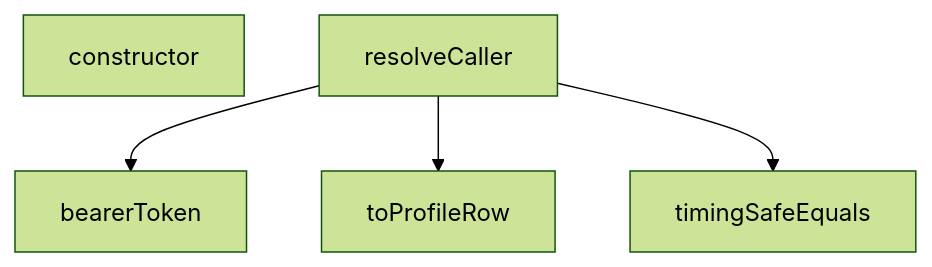
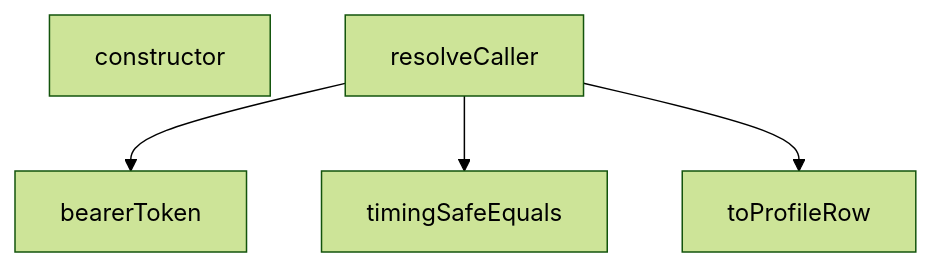
Before and after one commit to peckop/venthub-hvac-esite: the diagram in supabase/functions/_shared/caller.md, drawn with Mermaid (forest theme). The commit also changed other lines of this file and 189 other files, not shown here.

````diff
--- a/supabase/functions/_shared/caller.md
+++ b/supabase/functions/_shared/caller.md
@@ -203,11 +177,11 @@
 ```mermaid
 graph TD
     caller_ts__bearerToken["bearerToken"]
     caller_ts__constructor["constructor"]
     caller_ts__resolveCaller["resolveCaller"]
     caller_ts__timingSafeEquals["timingSafeEquals"]
     caller_ts__toProfileRow["toProfileRow"]
     caller_ts__resolveCaller --> caller_ts__bearerToken
+    caller_ts__resolveCaller --> caller_ts__timingSafeEquals
     caller_ts__resolveCaller --> caller_ts__toProfileRow
-    caller_ts__resolveCaller --> caller_ts__timingSafeEquals
 ```
````
